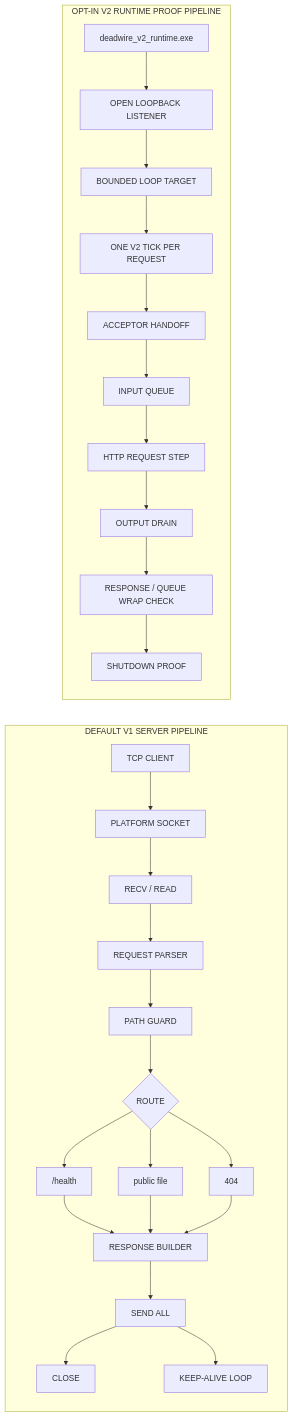
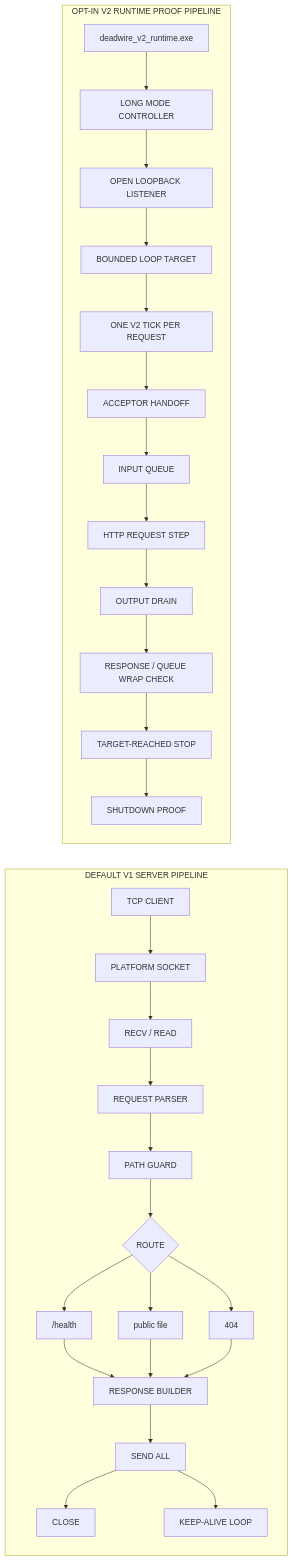
Before and after one commit to Deadbytes101/DEADWIRE-HTTPD: the diagram in README.md, drawn with Mermaid. The commit also changed other lines of this file and 3 other files, not shown here.

First line of the commit message:
v2 long mode proof

````diff
--- a/README.md
+++ b/README.md
@@ -35,31 +35,33 @@
 ```mermaid
 flowchart LR
     subgraph V1["DEFAULT V1 SERVER PIPELINE"]
         CLIENT["TCP CLIENT"] --> SOCKET["PLATFORM SOCKET"]
         SOCKET --> RECV["RECV / READ"]
         RECV --> PARSE["REQUEST PARSER"]
         PARSE --> GUARD["PATH GUARD"]
         GUARD --> ROUTE{"ROUTE"}
         ROUTE --> HEALTH["/health"]
         ROUTE --> STATIC["public file"]
         ROUTE --> MISS["404"]
         HEALTH --> RESPONSE["RESPONSE BUILDER"]
         STATIC --> RESPONSE
         MISS --> RESPONSE
         RESPONSE --> SEND["SEND ALL"]
         SEND --> CLOSE["CLOSE"]
         SEND --> LOOP["KEEP-ALIVE LOOP"]
     end
 
     subgraph V2["OPT-IN V2 RUNTIME PROOF PIPELINE"]
-        V2BOOT["deadwire_v2_runtime.exe"] --> V2LIVE["OPEN LOOPBACK LISTENER"]
+        V2BOOT["deadwire_v2_runtime.exe"] --> V2LONG["LONG MODE CONTROLLER"]
+        V2LONG --> V2LIVE["OPEN LOOPBACK LISTENER"]
         V2LIVE --> V2COUNT["BOUNDED LOOP TARGET"]
         V2COUNT --> V2TICK["ONE V2 TICK PER REQUEST"]
         V2TICK --> V2ACCEPT["ACCEPTOR HANDOFF"]
         V2ACCEPT --> V2QUEUE["INPUT QUEUE"]
         V2QUEUE --> V2HTTP["HTTP REQUEST STEP"]
         V2HTTP --> V2OUT["OUTPUT DRAIN"]
         V2OUT --> V2CHECK["RESPONSE / QUEUE WRAP CHECK"]
-        V2CHECK --> V2SHUT["SHUTDOWN PROOF"]
+        V2CHECK --> V2STOP["TARGET-REACHED STOP"]
+        V2STOP --> V2SHUT["SHUTDOWN PROOF"]
     end
 ```
````
